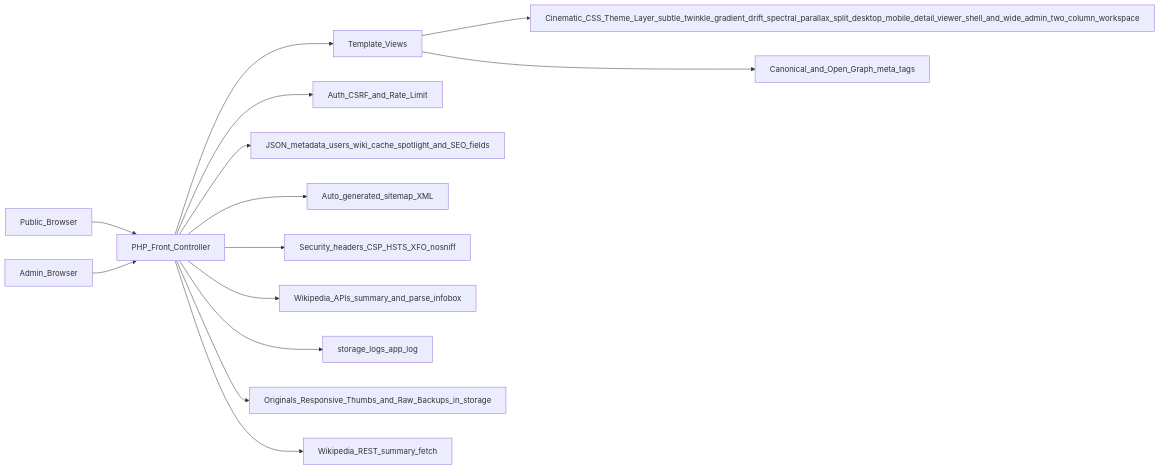
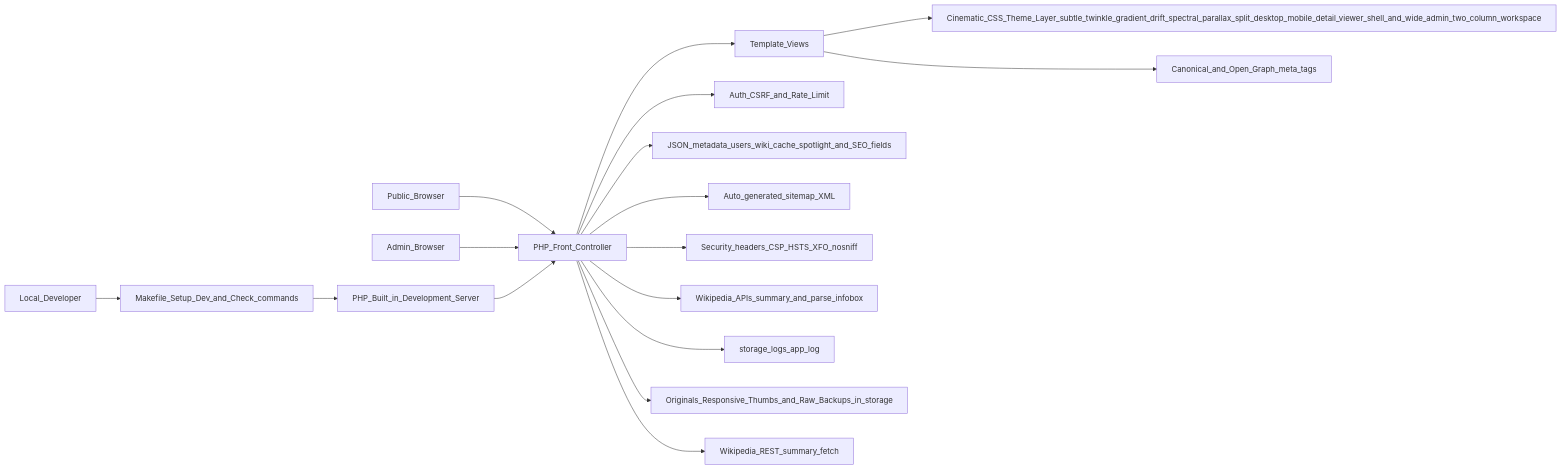
Before and after one commit to smeird/images: the third of 3 diagrams in README.md, drawn with Mermaid. The commit also changed other lines of this file and 9 other files, not shown here.

First line of the commit message:
Set up local development workflow

````diff
--- a/README.md
+++ b/README.md
@@ -228,16 +274,19 @@
 ```mermaid
 graph LR
   Public_Browser --> PHP_Front_Controller
   Admin_Browser --> PHP_Front_Controller
   PHP_Front_Controller --> Template_Views
   Template_Views --> Cinematic_CSS_Theme_Layer_subtle_twinkle_gradient_drift_spectral_parallax_split_desktop_mobile_detail_viewer_shell_and_wide_admin_two_column_workspace
   Template_Views --> Canonical_and_Open_Graph_meta_tags
   PHP_Front_Controller --> Auth_CSRF_and_Rate_Limit
   PHP_Front_Controller --> JSON_metadata_users_wiki_cache_spotlight_and_SEO_fields
   PHP_Front_Controller --> Auto_generated_sitemap_XML
   PHP_Front_Controller --> Security_headers_CSP_HSTS_XFO_nosniff
   PHP_Front_Controller --> Wikipedia_APIs_summary_and_parse_infobox
   PHP_Front_Controller --> storage_logs_app_log
   PHP_Front_Controller --> Originals_Responsive_Thumbs_and_Raw_Backups_in_storage
   PHP_Front_Controller --> Wikipedia_REST_summary_fetch
+  Local_Developer --> Makefile_Setup_Dev_and_Check_commands
+  Makefile_Setup_Dev_and_Check_commands --> PHP_Built_in_Development_Server
+  PHP_Built_in_Development_Server --> PHP_Front_Controller
 ```
````
